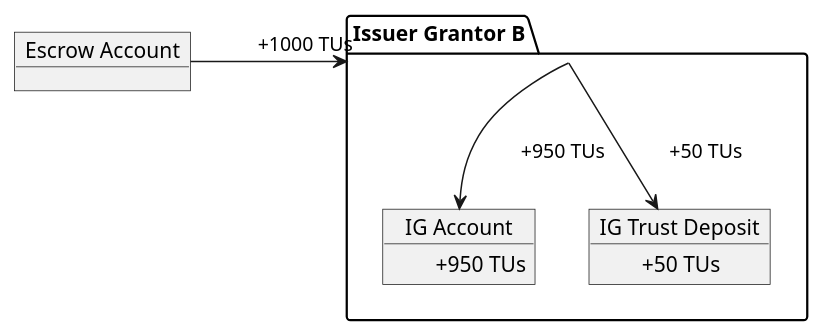
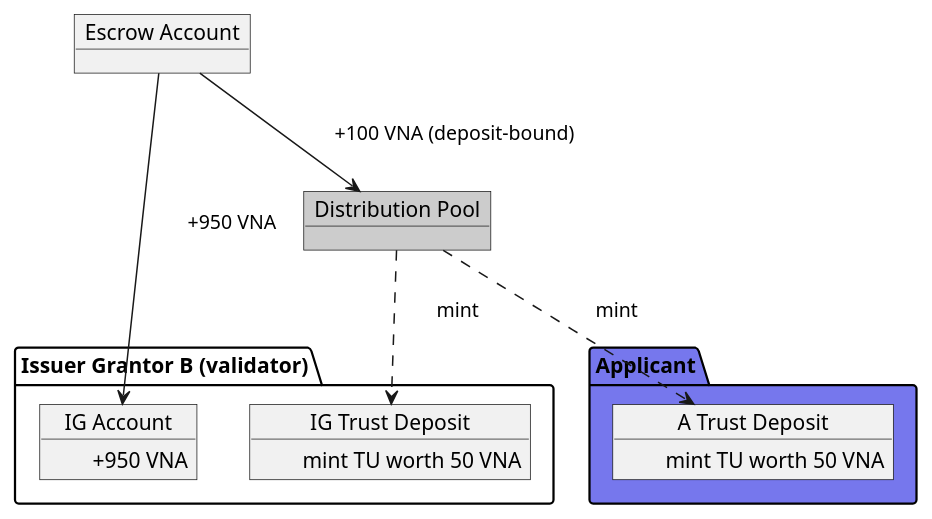
The ninth of 21 diagrams in spec.md (verana-labs/verifiable-trust-vpr-spec), drawn with PlantUML before and after one commit. The commit also changed other lines of this file, not shown here.

First line of the commit message:
feat(spec): Model C — Participant deposit fields in TU, business models section rewritten

````diff
--- a/spec.md
+++ b/spec.md
@@ -782,24 +782,31 @@
 ```plantuml
 
 @startuml
 scale max 1200 width
 
-package "Issuer Grantor B" as ig {
+package "Issuer Grantor B (validator)" as ig {
     object "IG Account" as iga {
-        \t+950 TUs
+        \t+950 VNA
     }
     object "IG Trust Deposit" as igtd {
-        \t+50 TUs
+        \tmint TU worth 50 VNA
+    }
+}
+package "Applicant" as a #7677ed {
+    object "A Trust Deposit" as atd {
+        \tmint TU worth 50 VNA
     }
 }
 object "Escrow Account" as escrow
+object "Distribution Pool" as pool #cccccc
 
 
 
-escrow -r-> ig: \t+1000 TUs \t\t\t\t\t
-ig --> iga: \t+950 TUs
-ig --> igtd: \t+50 TUs
+escrow -r-> iga: \t+950 VNA
+escrow --> pool: \t+100 VNA (deposit-bound)
+pool ..> igtd: \tmint
+pool ..> atd: \tmint
 
 @enduml
 
 ```
````
